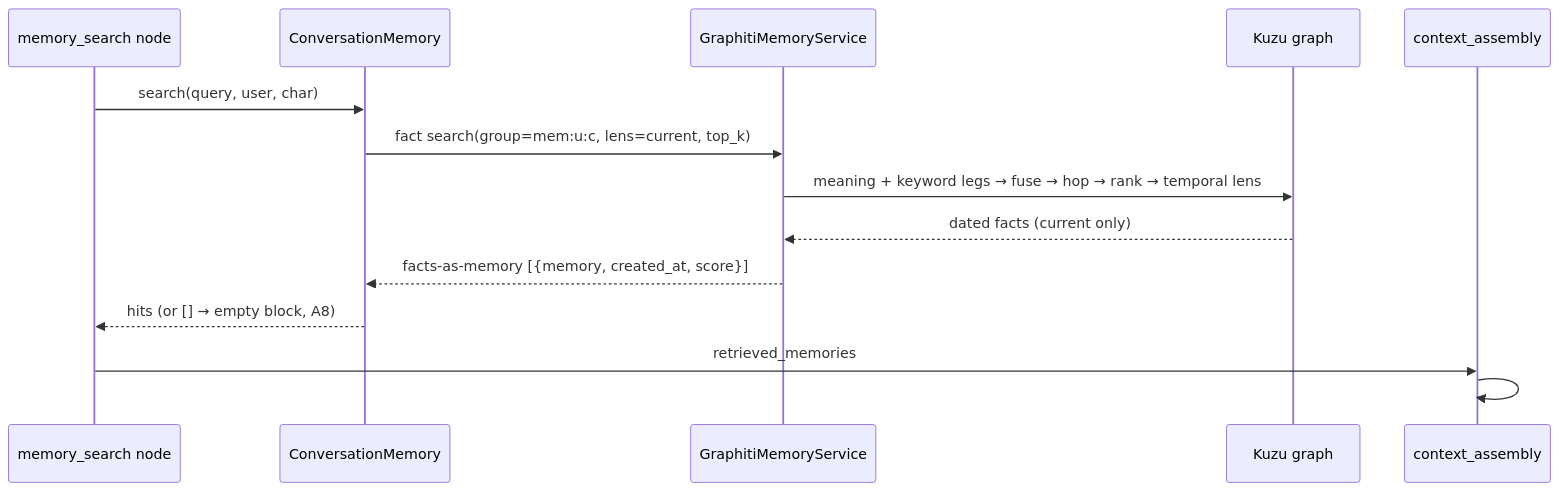
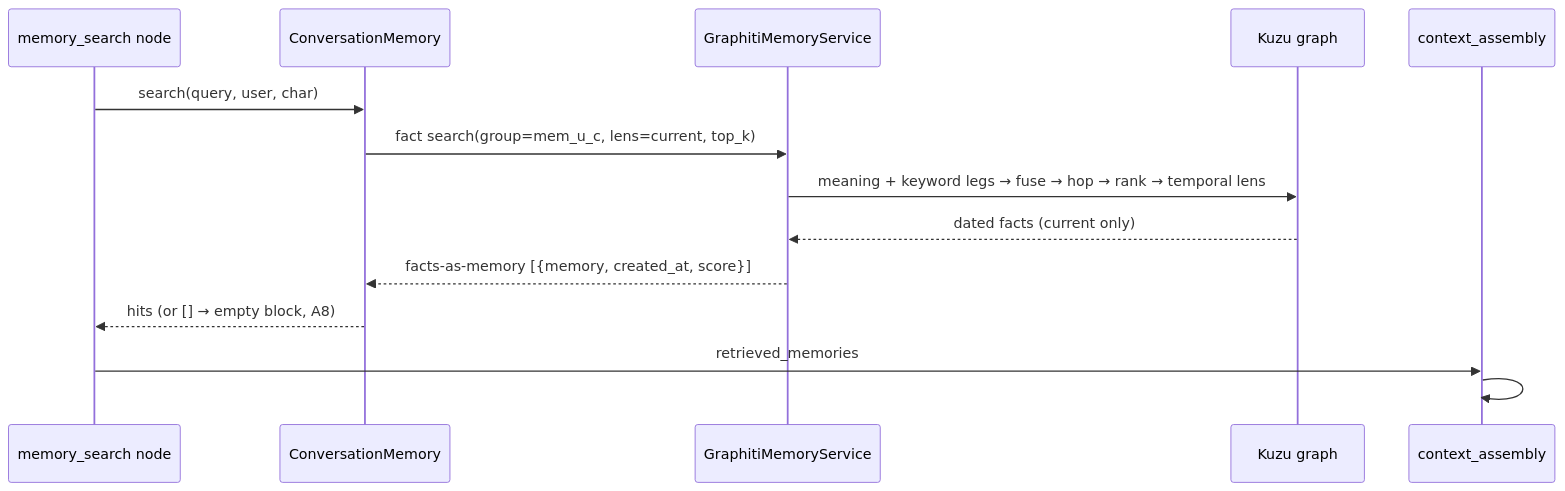
The seventh of 11 diagrams in docs/memory-graphiti-replacement-design.md (hiro-league/hiroleague), drawn with Mermaid before and after one commit. The commit also changed other lines of this file and 117 other files, not shown here.

Commit message:
graphiti settling in

````diff
--- a/docs/memory-graphiti-replacement-design.md
+++ b/docs/memory-graphiti-replacement-design.md
@@ -291,16 +299,16 @@
 ```mermaid
 sequenceDiagram
     participant N as memory_search node
     participant CM as ConversationMemory
     participant G as GraphitiMemoryService
     participant K as Kuzu graph
     participant CA as context_assembly
     N->>CM: search(query, user, char)
-    CM->>G: fact search(group=mem:u:c, lens=current, top_k)
+    CM->>G: fact search(group=mem_u_c, lens=current, top_k)
     G->>K: meaning + keyword legs → fuse → hop → rank → temporal lens
     K-->>G: dated facts (current only)
     G-->>CM: facts-as-memory [{memory, created_at, score}]
     CM-->>N: hits (or [] → empty block, A8)
     N->>CA: retrieved_memories
     CA->>CA: ## Memories retrieved (priority 30, unchanged)
 ```
````
